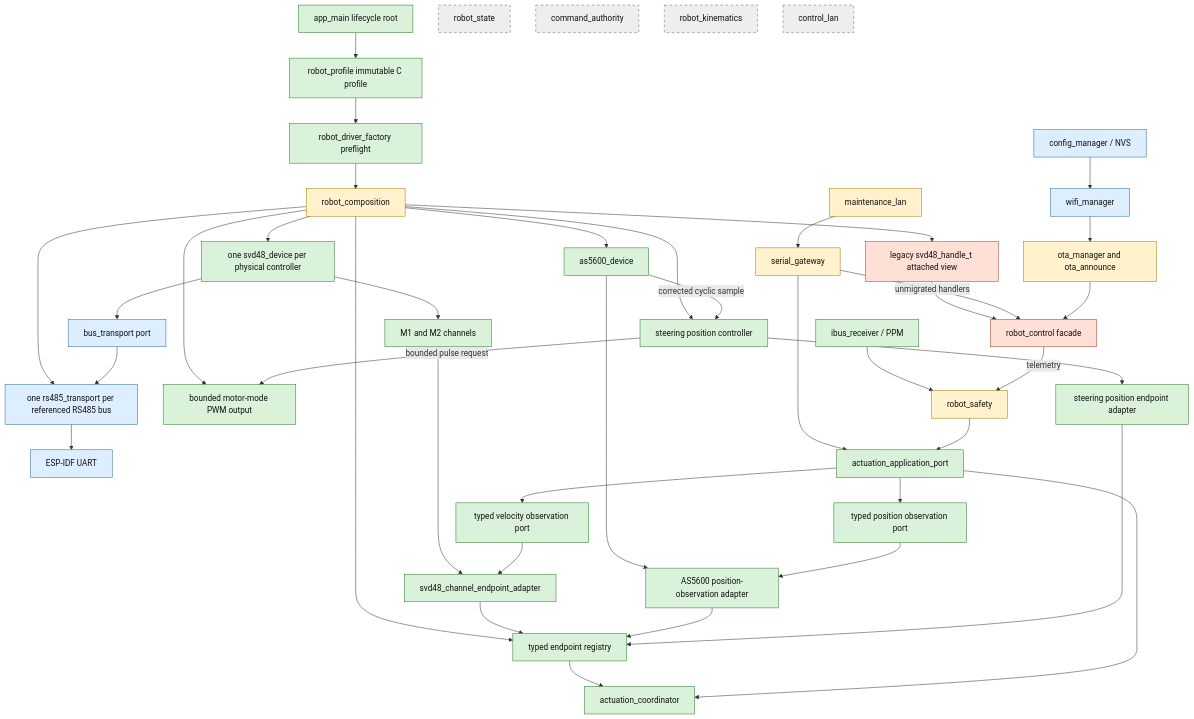
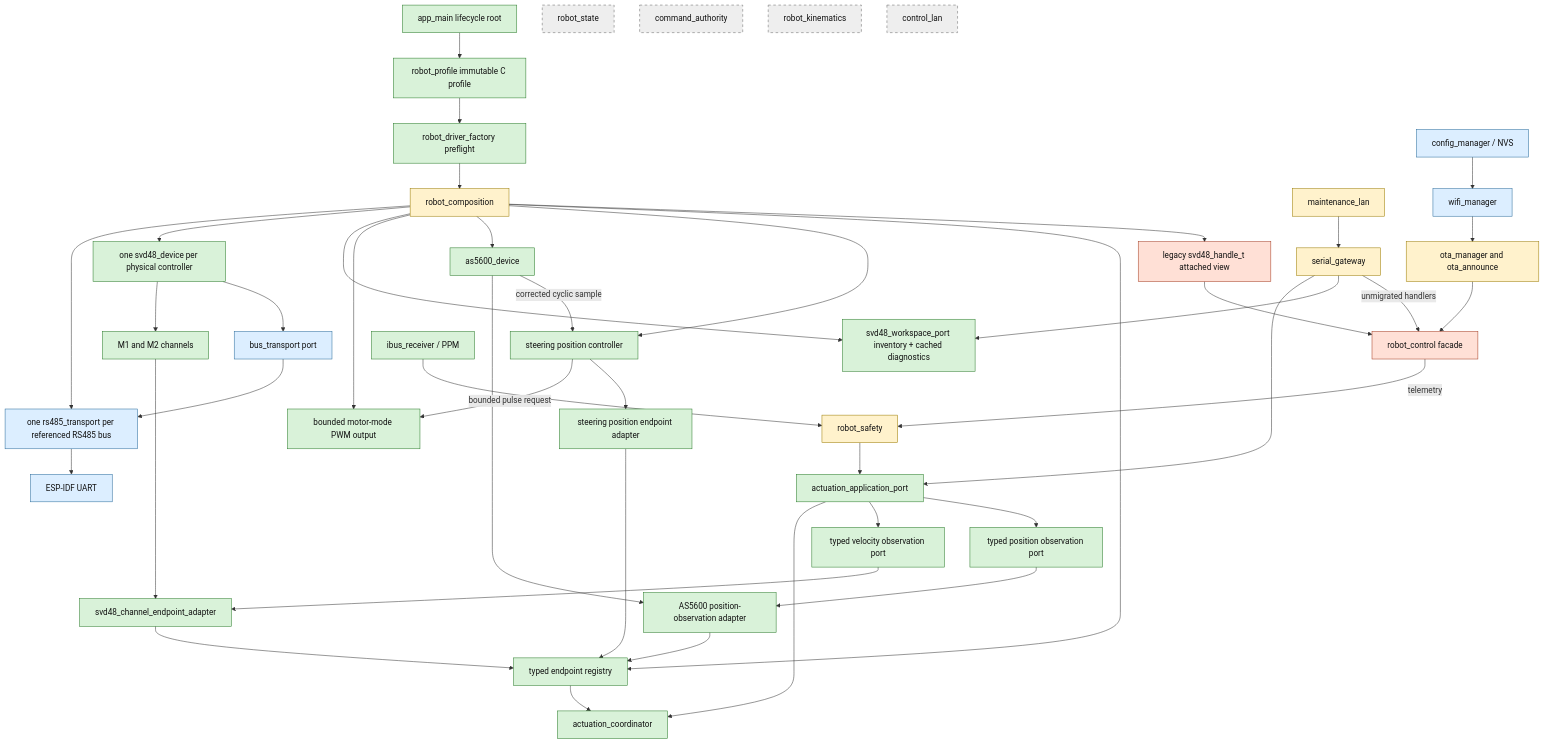
The first of 5 diagrams in docs/ARCHITECTURE.md (juanpmz2001/sistema-motriz-rs485), drawn with Mermaid before and after one commit. The commit also changed other lines of this file and 16 other files, not shown here.

Commit message:
feat: expose typed SVD48 bench workspace

````diff
--- a/docs/ARCHITECTURE.md
+++ b/docs/ARCHITECTURE.md
@@ -20,52 +20,54 @@
 ```mermaid
 flowchart TB
   classDef active fill:#d9f2d9,stroke:#287a28,color:#111
   classDef transition fill:#fff2cc,stroke:#9a7b00,color:#111
   classDef legacy fill:#ffe0d6,stroke:#a33a20,color:#111
   classDef dormant fill:#eeeeee,stroke:#666,stroke-dasharray:5 5,color:#111
   classDef infra fill:#dceeff,stroke:#286a9a,color:#111
 
   MAIN[app_main lifecycle root]:::active --> PROFILE[robot_profile immutable C profile]:::active
   PROFILE --> PREFLIGHT[robot_driver_factory preflight]:::active
   PREFLIGHT --> COMPOSE[robot_composition]:::transition
   COMPOSE --> RSBUS[one rs485_transport per referenced RS485 bus]:::infra
   COMPOSE --> DEV[one svd48_device per physical controller]:::active
+  COMPOSE --> WORKSPACE[svd48_workspace_port inventory + cached diagnostics]:::active
   COMPOSE --> PWM[bounded motor-mode PWM output]:::active
   COMPOSE --> AS5600[as5600_device]:::active
   COMPOSE --> STEER[steering position controller]:::active
   COMPOSE --> REG[typed endpoint registry]:::active
   DEV --> CHANNEL[M1 and M2 channels]:::active
   CHANNEL --> DIRECT[svd48_channel_endpoint_adapter]:::active
   DIRECT --> REG
   AS5600 --> ASOBS[AS5600 position-observation adapter]:::active
   ASOBS --> REG
   AS5600 -->|corrected cyclic sample| STEER
   STEER -->|bounded pulse request| PWM
   STEER --> STEERADAPT[steering position endpoint adapter]:::active
   STEERADAPT --> REG
   REG --> COORD[actuation_coordinator]:::active
   RSBUS --> UART[ESP-IDF UART]:::infra
   DEV --> BUSPORT[bus_transport port]:::infra --> RSBUS
 
   SERIAL[serial_gateway]:::transition --> APP[actuation_application_port]:::active
+  SERIAL --> WORKSPACE
   APP --> COORD
   APP --> VOBS[typed velocity observation port]:::active
   APP --> POBS[typed position observation port]:::active
   VOBS --> DIRECT
   POBS --> ASOBS
   SAFETY[robot_safety]:::transition --> APP
   MAINT[maintenance_lan]:::transition --> SERIAL
   RC[ibus_receiver / PPM]:::active --> SAFETY
 
   COMPOSE --> WRAP[legacy svd48_handle_t attached view]:::legacy
   WRAP --> CONTROL[robot_control facade]:::legacy
   SERIAL -->|unmigrated handlers| CONTROL
   CONTROL -->|telemetry| SAFETY
   OTA[ota_manager and ota_announce]:::transition --> CONTROL
   CONFIG[config_manager / NVS]:::infra --> WIFI[wifi_manager]:::infra --> OTA
 
   STATE[robot_state]:::dormant
   AUTH[command_authority]:::dormant
   KIN[robot_kinematics]:::dormant
   CLAN[control_lan]:::dormant
 ```
````
